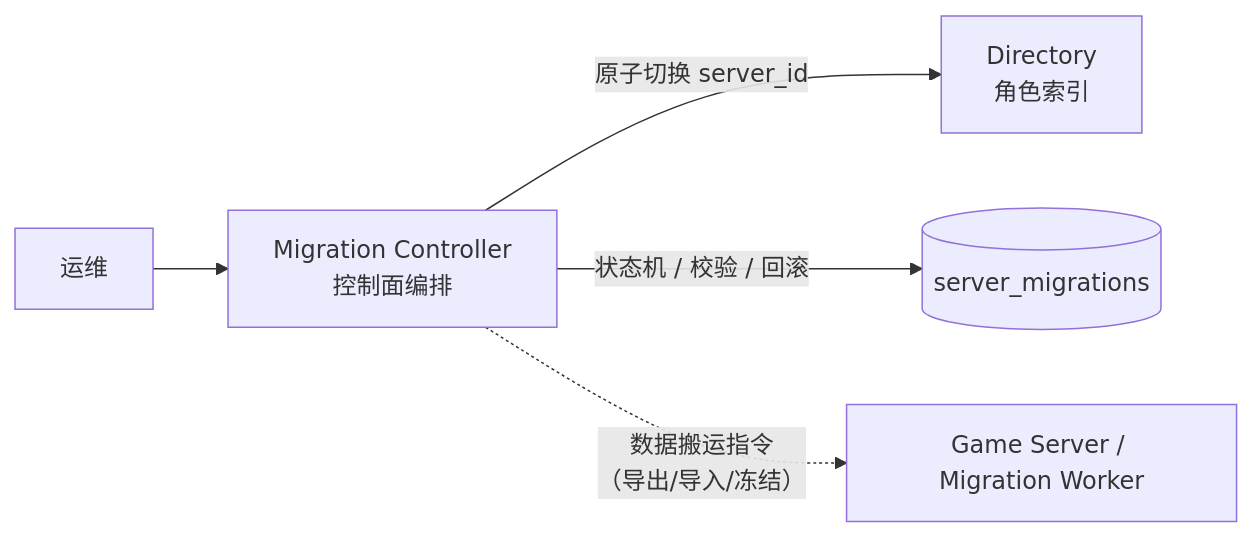
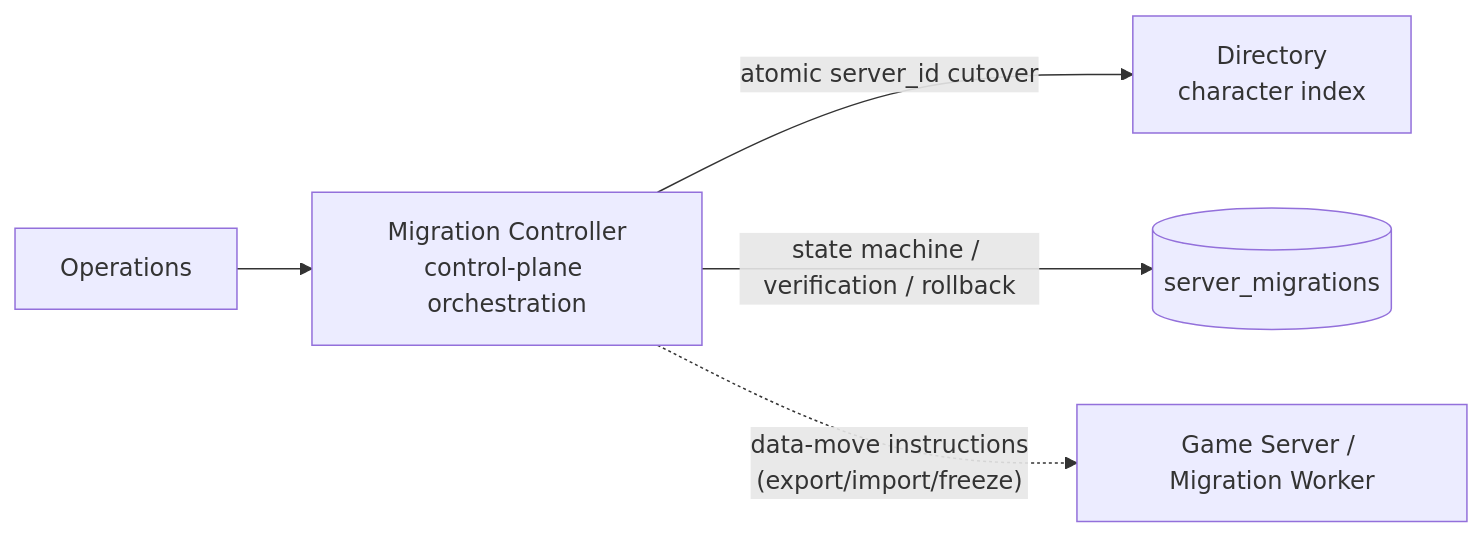
One commit to cuihairu/atlas changed the sixth of 6 diagrams in docs/migration.md. Above: the diagram before and after it, drawn with Mermaid. The commit also changed other lines of this file and 80 other files, not shown here.

````diff
--- a/docs/migration.md
+++ b/docs/migration.md
@@ -282,7 +321,7 @@
 ```mermaid
 flowchart LR
-    OPS["运维"] --> MC["Migration Controller<br/>控制面编排"]
-    MC -->|"原子切换 server_id"| DIR["Directory<br/>角色索引"]
-    MC -->|"状态机 / 校验 / 回滚"| MIG[(server_migrations)]
-    MC -.->|"数据搬运指令<br/>（导出/导入/冻结）"| GS["Game Server / Migration Worker"]
+    OPS["Operations"] --> MC["Migration Controller<br/>control-plane orchestration"]
+    MC -->|"atomic server_id cutover"| DIR["Directory<br/>character index"]
+    MC -->|"state machine / verification / rollback"| MIG[(server_migrations)]
+    MC -.->|"data-move instructions<br/>(export/import/freeze)"| GS["Game Server / Migration Worker"]
 ```
````
